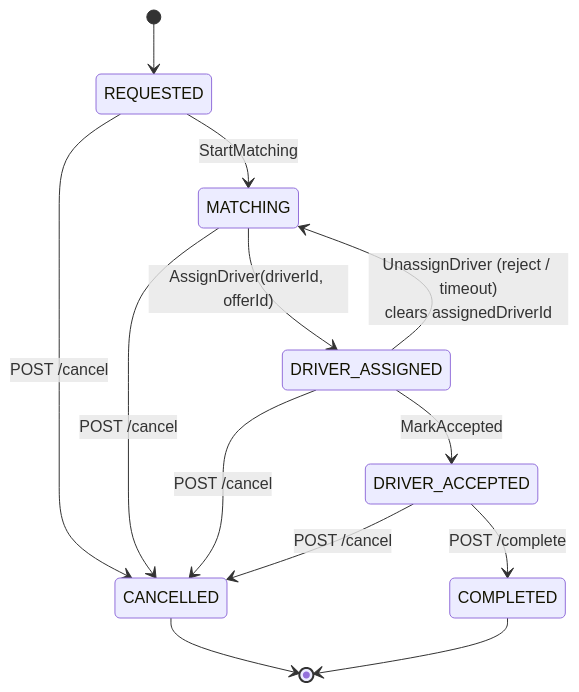
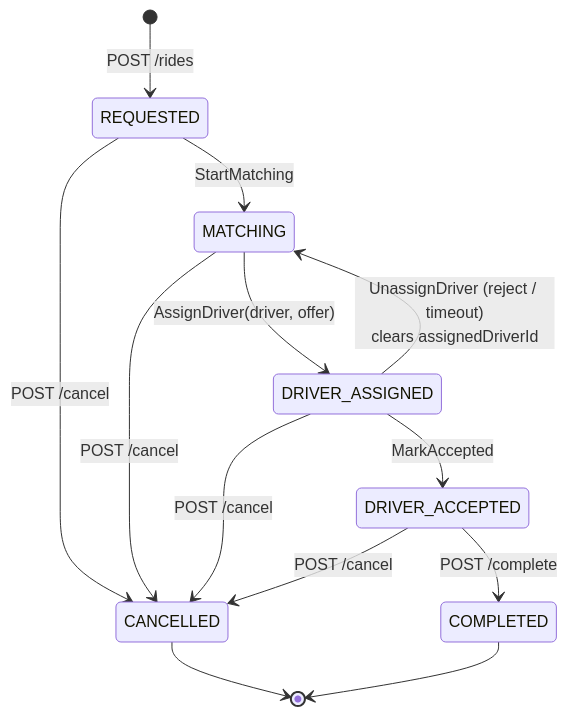
Before and after one commit to khoaphan-tw/coding-challenges: the fourth of 8 diagrams in coding-challenge-3/kvp/docs/architecture.md, drawn with Mermaid. The commit also changed other lines of this file and 25 other files, not shown here.

````diff
--- a/coding-challenge-3/kvp/docs/architecture.md
+++ b/coding-challenge-3/kvp/docs/architecture.md
@@ -122,15 +185,15 @@
 ```mermaid
 stateDiagram-v2
-    [*] --> REQUESTED
+    [*] --> REQUESTED: POST /rides
     REQUESTED --> MATCHING: StartMatching
-    MATCHING --> DRIVER_ASSIGNED: AssignDriver(driverId, offerId)
+    MATCHING --> DRIVER_ASSIGNED: AssignDriver(driver, offer)
     DRIVER_ASSIGNED --> MATCHING: UnassignDriver (reject / timeout)<br/>clears assignedDriverId
     DRIVER_ASSIGNED --> DRIVER_ACCEPTED: MarkAccepted
     DRIVER_ACCEPTED --> COMPLETED: POST /complete
     REQUESTED --> CANCELLED: POST /cancel
     MATCHING --> CANCELLED: POST /cancel
     DRIVER_ASSIGNED --> CANCELLED: POST /cancel
     DRIVER_ACCEPTED --> CANCELLED: POST /cancel
     CANCELLED --> [*]
     COMPLETED --> [*]
 ```
````
